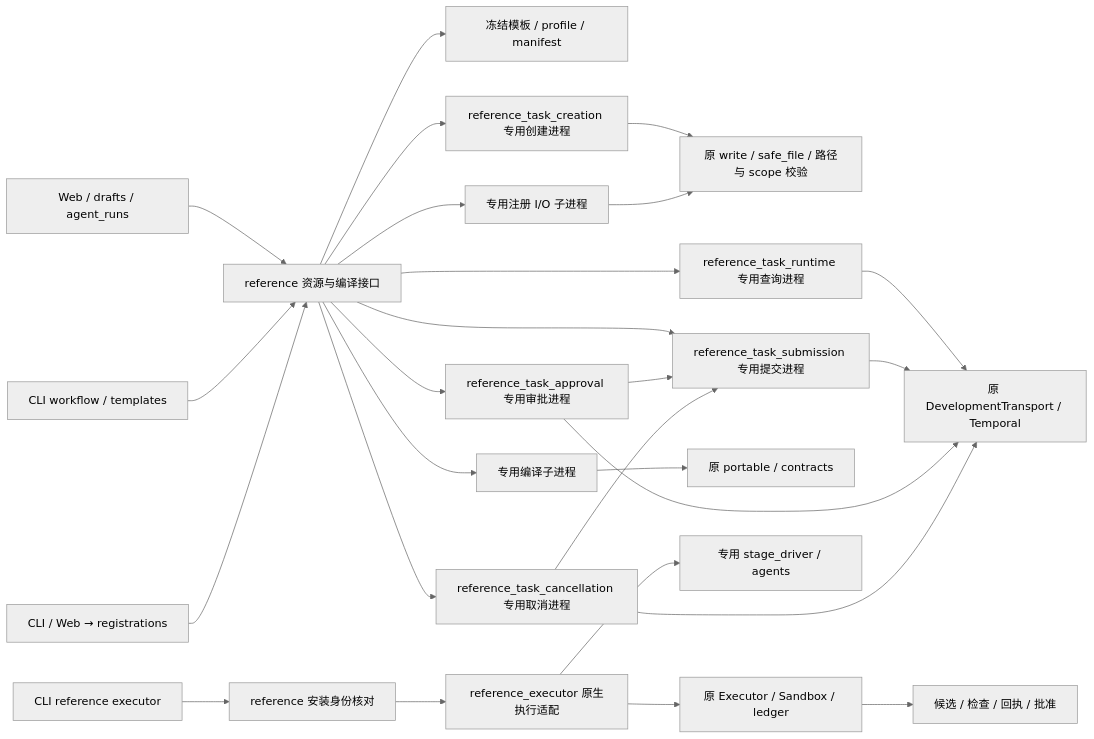
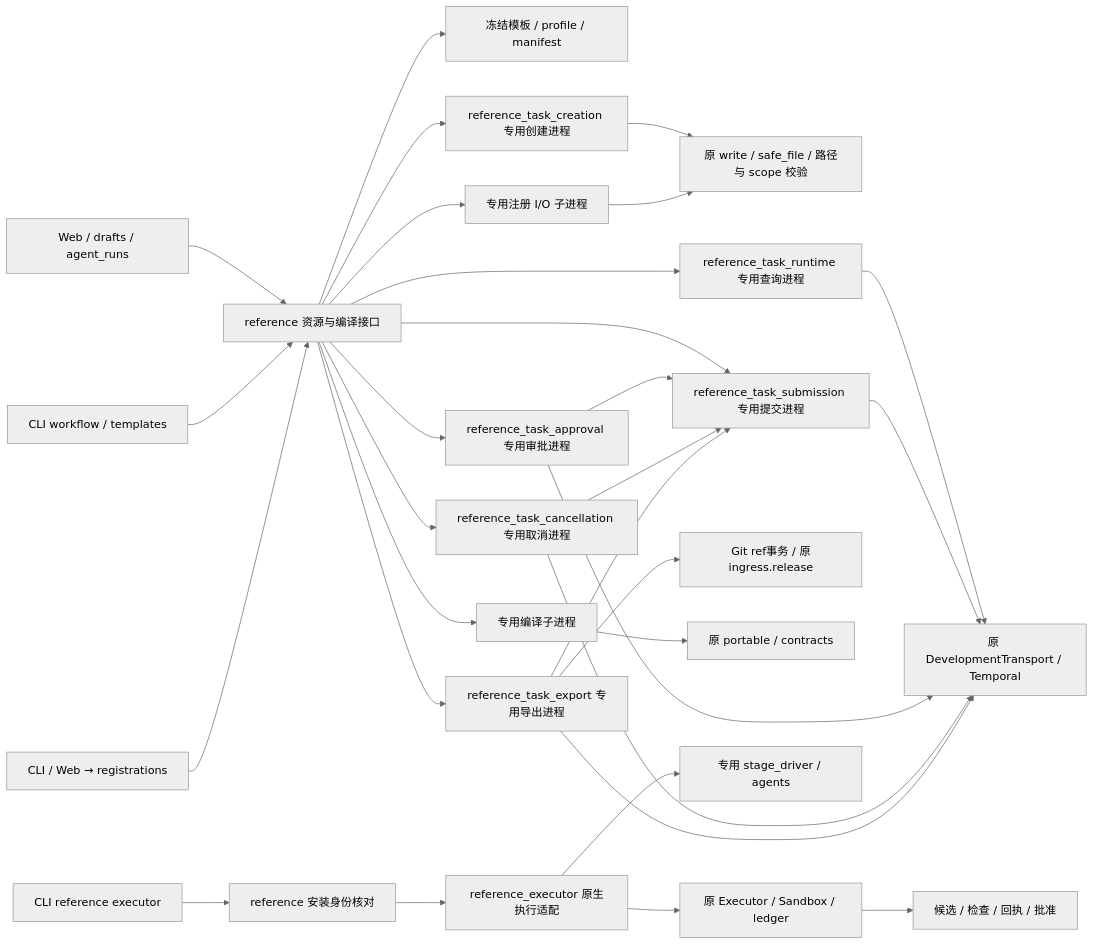
Before and after one commit to 626619403/Ergora: the diagram in docs/architecture/reference-boundary.md, drawn with Mermaid (neutral theme). The commit also changed other lines of this file and 10 other files, not shown here.

````diff
--- a/docs/architecture/reference-boundary.md
+++ b/docs/architecture/reference-boundary.md
@@ -7,28 +7,32 @@
 ```mermaid
 flowchart LR
   Web[Web / drafts / agent_runs] --> Ref[reference 资源与编译接口]
   CLI[CLI workflow / templates] --> Ref
   Registration[CLI / Web → registrations] --> Ref
   Ref --> Resources[冻结模板 / profile / manifest]
   Ref --> Creation[reference_task_creation 专用创建进程]
   Creation --> Files
   Ref --> RuntimeQuery[reference_task_runtime 专用查询进程]
   RuntimeQuery --> Transport[原 DevelopmentTransport / Temporal]
   Ref --> Submission[reference_task_submission 专用提交进程]
   Submission --> Transport
   Ref --> Approval[reference_task_approval 专用审批进程]
   Approval --> Submission
   Approval --> Transport
   Ref --> Cancellation[reference_task_cancellation 专用取消进程]
   Cancellation --> Submission
   Cancellation --> Transport
+  Ref --> Export[reference_task_export 专用导出进程]
+  Export --> Submission
+  Export --> Transport
+  Export --> Git[Git ref事务 / 原ingress.release]
   Ref --> Compiler[专用编译子进程]
   Compiler --> Portable[原 portable / contracts]
   Ref --> Projection[专用注册 I/O 子进程]
   Projection --> Files[原 write / safe_file / 路径与 scope 校验]
   ExecCLI[CLI reference executor] --> Identity[reference 安装身份核对]
   Identity --> Bridge[reference_executor 原生执行适配]
   Bridge --> Original[原 Executor / Sandbox / ledger]
   Bridge --> Driver[专用 stage_driver / agents]
   Original --> Evidence[候选 / 检查 / 回执 / 批准]
 ```
````
